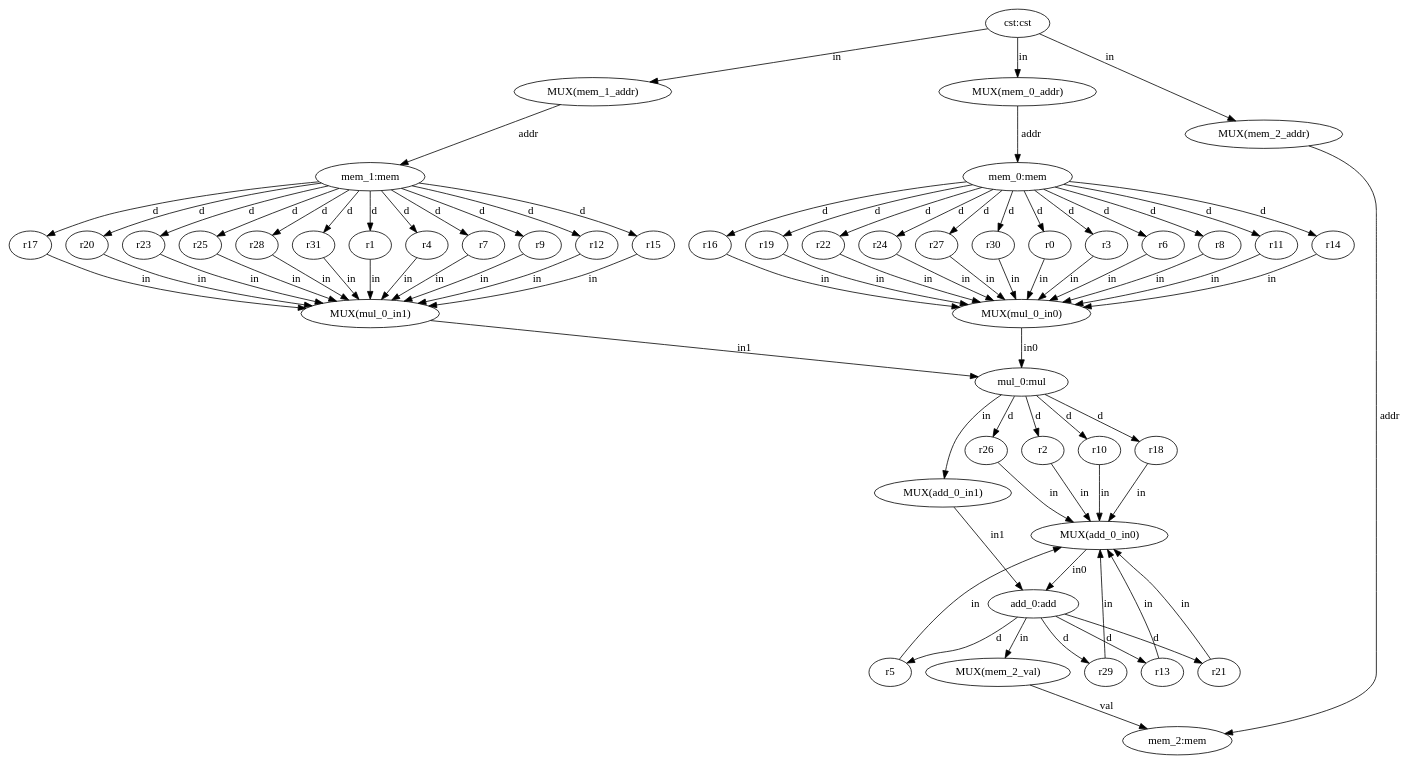
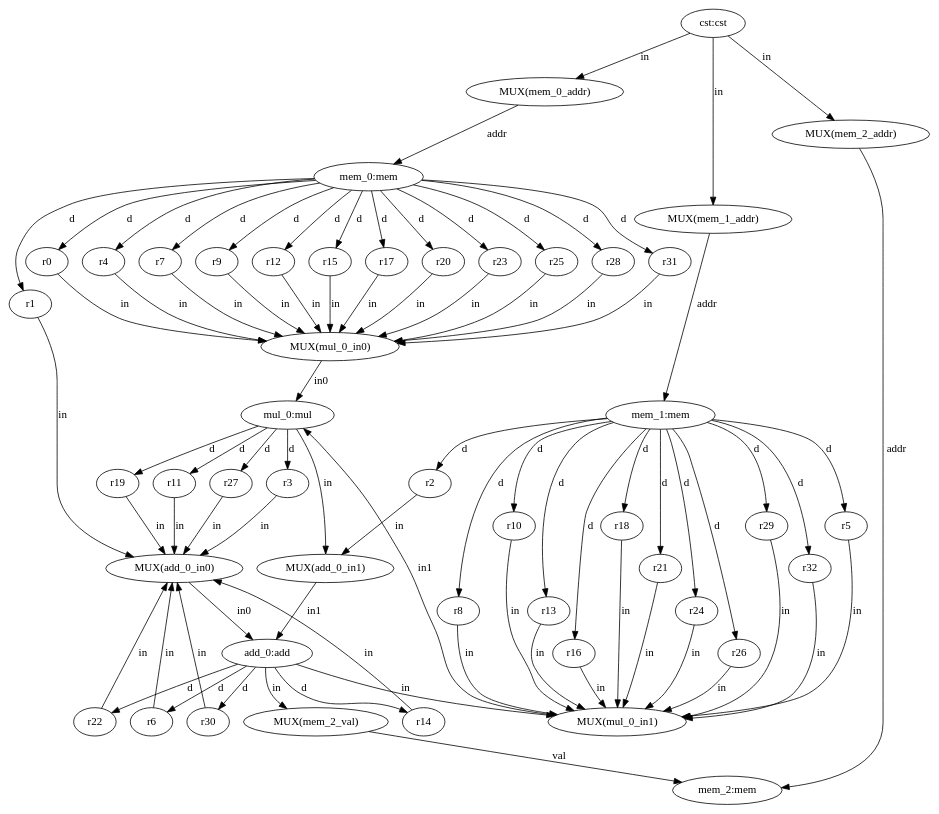
Before and after one commit to ma-carrillo/High-level-synthesis-assignment: the diagram in test24/datapath.dot, drawn with Graphviz. The commit also changed 15 other files, not shown here.

```diff
--- a/test24/datapath.dot
+++ b/test24/datapath.dot
@@ -1,125 +1,129 @@
 digraph "datapath" {
   n0 [label="cst:cst"];
   n1 [label="mem_0:mem"];
   n2 [label="mem_1:mem"];
-  n3 [label="mul_0:mul"];
-  n4 [label="add_0:add"];
+  n3 [label="add_0:add"];
+  n4 [label="mul_0:mul"];
   n5 [label="mem_2:mem"];
   n6 [label="r0"];
   n7 [label="r1"];
   n8 [label="r2"];
   n9 [label="r3"];
   n10 [label="r4"];
   n11 [label="r5"];
   n12 [label="r6"];
   n13 [label="r7"];
   n14 [label="r8"];
   n15 [label="r9"];
   n16 [label="r10"];
   n17 [label="r11"];
   n18 [label="r12"];
   n19 [label="r13"];
   n20 [label="r14"];
   n21 [label="r15"];
   n22 [label="r16"];
   n23 [label="r17"];
   n24 [label="r18"];
   n25 [label="r19"];
   n26 [label="r20"];
   n27 [label="r21"];
   n28 [label="r22"];
   n29 [label="r23"];
   n30 [label="r24"];
   n31 [label="r25"];
   n32 [label="r26"];
   n33 [label="r27"];
   n34 [label="r28"];
   n35 [label="r29"];
   n36 [label="r30"];
   n37 [label="r31"];
-  n38 [label="MUX(mem_0_addr)"];
-  n39 [label="MUX(mem_1_addr)"];
-  n40 [label="MUX(mem_2_addr)"];
-  n41 [label="MUX(mul_0_in0)"];
-  n42 [label="MUX(mul_0_in1)"];
+  n38 [label="r32"];
+  n39 [label="MUX(mem_0_addr)"];
+  n40 [label="MUX(mem_1_addr)"];
+  n41 [label="MUX(mem_2_addr)"];
+  n42 [label="MUX(mul_0_in0)"];
   n43 [label="MUX(add_0_in0)"];
   n44 [label="MUX(add_0_in1)"];
-  n45 [label="MUX(mem_2_val)"];
-  n0 -> n38 [label="in"];
+  n45 [label="MUX(mul_0_in1)"];
+  n46 [label="MUX(mem_2_val)"];
   n0 -> n39 [label="in"];
   n0 -> n40 [label="in"];
+  n0 -> n41 [label="in"];
   n1 -> n6 [label="d"];
-  n1 -> n9 [label="d"];
-  n1 -> n12 [label="d"];
-  n1 -> n14 [label="d"];
-  n1 -> n17 [label="d"];
-  n1 -> n20 [label="d"];
-  n1 -> n22 [label="d"];
-  n1 -> n25 [label="d"];
-  n1 -> n28 [label="d"];
-  n1 -> n30 [label="d"];
-  n1 -> n33 [label="d"];
-  n1 -> n36 [label="d"];
-  n2 -> n7 [label="d"];
-  n2 -> n10 [label="d"];
-  n2 -> n13 [label="d"];
-  n2 -> n15 [label="d"];
-  n2 -> n18 [label="d"];
-  n2 -> n21 [label="d"];
-  n2 -> n23 [label="d"];
-  n2 -> n26 [label="d"];
-  n2 -> n29 [label="d"];
-  n2 -> n31 [label="d"];
-  n2 -> n34 [label="d"];
-  n2 -> n37 [label="d"];
-  n3 -> n8 [label="d"];
-  n3 -> n44 [label="in"];
-  n3 -> n16 [label="d"];
-  n3 -> n24 [label="d"];
-  n3 -> n32 [label="d"];
-  n4 -> n11 [label="d"];
-  n4 -> n45 [label="in"];
-  n4 -> n19 [label="d"];
-  n4 -> n27 [label="d"];
-  n4 -> n35 [label="d"];
-  n6 -> n41 [label="in"];
-  n7 -> n42 [label="in"];
-  n8 -> n43 [label="in"];
-  n9 -> n41 [label="in"];
+  n1 -> n7 [label="d"];
+  n1 -> n10 [label="d"];
+  n1 -> n13 [label="d"];
+  n1 -> n15 [label="d"];
+  n1 -> n18 [label="d"];
+  n1 -> n21 [label="d"];
+  n1 -> n23 [label="d"];
+  n1 -> n26 [label="d"];
+  n1 -> n29 [label="d"];
+  n1 -> n31 [label="d"];
+  n1 -> n34 [label="d"];
+  n1 -> n37 [label="d"];
+  n2 -> n8 [label="d"];
+  n2 -> n11 [label="d"];
+  n2 -> n14 [label="d"];
+  n2 -> n16 [label="d"];
+  n2 -> n19 [label="d"];
+  n2 -> n22 [label="d"];
+  n2 -> n24 [label="d"];
+  n2 -> n27 [label="d"];
+  n2 -> n30 [label="d"];
+  n2 -> n32 [label="d"];
+  n2 -> n35 [label="d"];
+  n2 -> n38 [label="d"];
+  n3 -> n45 [label="in"];
+  n3 -> n12 [label="d"];
+  n3 -> n46 [label="in"];
+  n3 -> n20 [label="d"];
+  n3 -> n28 [label="d"];
+  n3 -> n36 [label="d"];
+  n4 -> n9 [label="d"];
+  n4 -> n44 [label="in"];
+  n4 -> n17 [label="d"];
+  n4 -> n25 [label="d"];
+  n4 -> n33 [label="d"];
+  n6 -> n42 [label="in"];
+  n7 -> n43 [label="in"];
+  n8 -> n44 [label="in"];
+  n9 -> n43 [label="in"];
   n10 -> n42 [label="in"];
-  n11 -> n43 [label="in"];
-  n12 -> n41 [label="in"];
+  n11 -> n45 [label="in"];
+  n12 -> n43 [label="in"];
   n13 -> n42 [label="in"];
-  n14 -> n41 [label="in"];
+  n14 -> n45 [label="in"];
   n15 -> n42 [label="in"];
-  n16 -> n43 [label="in"];
-  n17 -> n41 [label="in"];
+  n16 -> n45 [label="in"];
+  n17 -> n43 [label="in"];
   n18 -> n42 [label="in"];
-  n19 -> n43 [label="in"];
-  n20 -> n41 [label="in"];
+  n19 -> n45 [label="in"];
+  n20 -> n43 [label="in"];
   n21 -> n42 [label="in"];
-  n22 -> n41 [label="in"];
+  n22 -> n45 [label="in"];
   n23 -> n42 [label="in"];
-  n24 -> n43 [label="in"];
-  n25 -> n41 [label="in"];
+  n24 -> n45 [label="in"];
+  n25 -> n43 [label="in"];
   n26 -> n42 [label="in"];
-  n27 -> n43 [label="in"];
-  n28 -> n41 [label="in"];
+  n27 -> n45 [label="in"];
+  n28 -> n43 [label="in"];
   n29 -> n42 [label="in"];
-  n30 -> n41 [label="in"];
+  n30 -> n45 [label="in"];
   n31 -> n42 [label="in"];
-  n32 -> n43 [label="in"];
-  n33 -> n41 [label="in"];
+  n32 -> n45 [label="in"];
+  n33 -> n43 [label="in"];
   n34 -> n42 [label="in"];
-  n35 -> n43 [label="in"];
-  n36 -> n41 [label="in"];
+  n35 -> n45 [label="in"];
+  n36 -> n43 [label="in"];
   n37 -> n42 [label="in"];
-  n38 -> n1 [label="addr"];
-  n39 -> n2 [label="addr"];
-  n40 -> n5 [label="addr"];
-  n41 -> n3 [label="in0"];
-  n42 -> n3 [label="in1"];
-  n43 -> n4 [label="in0"];
-  n44 -> n4 [label="in1"];
-  n45 -> n5 [label="val"];
+  n38 -> n45 [label="in"];
+  n39 -> n1 [label="addr"];
+  n40 -> n2 [label="addr"];
+  n41 -> n5 [label="addr"];
+  n42 -> n4 [label="in0"];
+  n43 -> n3 [label="in0"];
+  n44 -> n3 [label="in1"];
+  n45 -> n4 [label="in1"];
+  n46 -> n5 [label="val"];
 }
```
